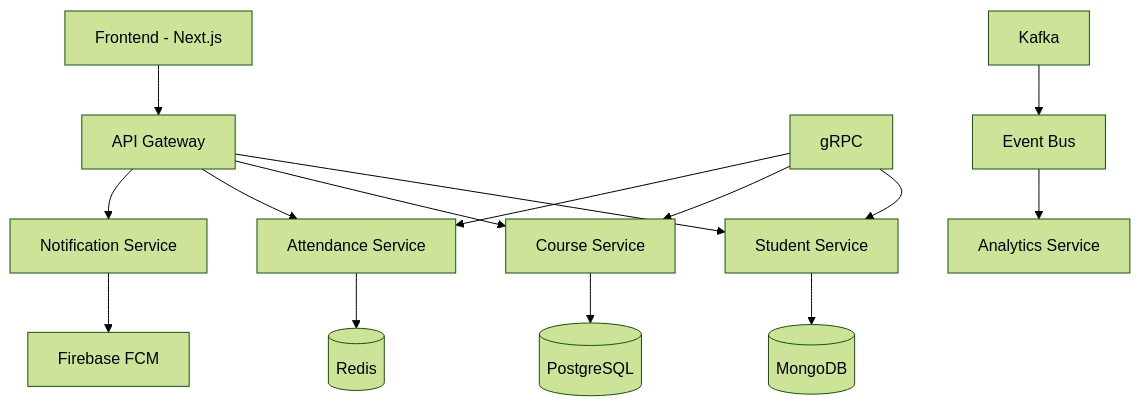
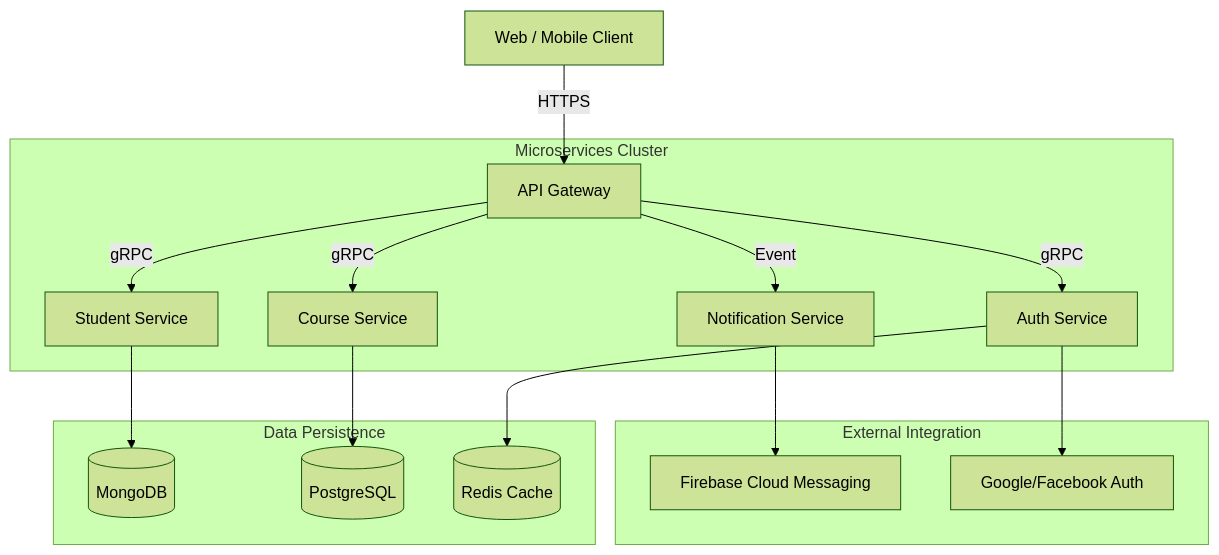
The first of 2 diagrams in README.md (zohanubis/Zohanubis), drawn with Mermaid (forest theme) before and after one commit. The commit also changed other lines of this file, not shown here.

````diff
--- a/README.md
+++ b/README.md
@@ -110,20 +87,22 @@
 ```mermaid
 graph TB
-    A[Frontend - Next.js] --> B[API Gateway]
-    B --> C[Student Service]
-    B --> D[Course Service]
-    B --> E[Attendance Service]
-    B --> F[Notification Service]
-    
-    C --> G[(MongoDB)]
-    D --> H[(PostgreSQL)]
-    E --> I[(Redis)]
-    F --> J[Firebase FCM]
-    
-    K[gRPC] --> C
-    K --> D
-    K --> E
-    
-    L[Kafka] --> M[Event Bus]
-    M --> N[Analytics Service]
+    Client[Web / Mobile Client] -->|HTTPS| API[API Gateway]
+
+    subgraph "Microservices Cluster"
+        API -->|gRPC| Auth[Auth Service]
+        API -->|gRPC| Student[Student Service]
+        API -->|gRPC| Course[Course Service]
+        API -->|Event| Notif[Notification Service]
+    end
+
+    subgraph "Data Persistence"
+        Student --> Mongo[(MongoDB)]
+        Course --> Postgres[(PostgreSQL)]
+        Auth --> Redis[(Redis Cache)]
+    end
+
+    subgraph "External Integration"
+        Notif --> FCM[Firebase Cloud Messaging]
+        Auth --> OAuth[Google/Facebook Auth]
+    end
 ```
````
